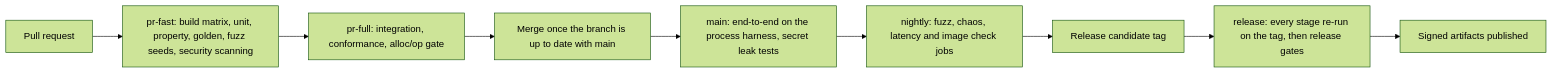
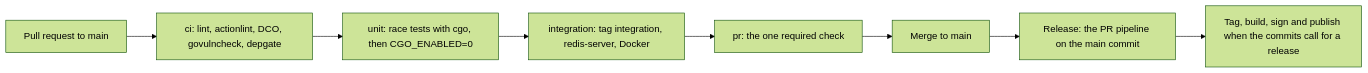
One commit to ravindu-rev/ruralz changed the first of 2 diagrams in docs/engineering/03-testing-and-quality-strategy.md. Above: the diagram before and after it, drawn with Mermaid (forest theme). The commit also changed other lines of this file and 42 other files, not shown here.

First line of the commit message:
docs: state the design with unit and integration tests alone

````diff
--- a/docs/engineering/03-testing-and-quality-strategy.md
+++ b/docs/engineering/03-testing-and-quality-strategy.md
@@ -54,11 +35,10 @@
 ```mermaid
 flowchart LR
-    pr["Pull request"] --> fast["pr-fast: build matrix, unit, property, golden, fuzz seeds, security scanning"]
-    fast --> full["pr-full: integration, conformance, alloc/op gate"]
-    full --> up["Merge once the branch is up to date with main"]
-    up --> main["main: end-to-end on the process harness, secret leak tests"]
-    main --> nightly["nightly: fuzz, chaos, latency and image check jobs"]
-    nightly --> rc["Release candidate tag"]
-    rc --> rel["release: every stage re-run on the tag, then release gates"]
-    rel --> pub["Signed artifacts published"]
+    pr["Pull request to main"] --> ci["ci: lint, actionlint, DCO, govulncheck, depgate"]
+    ci --> unit["unit: race tests with cgo, then CGO_ENABLED=0"]
+    unit --> integ["integration: tag integration, redis-server, Docker"]
+    integ --> req["pr: the one required check"]
+    req --> merge["Merge to main"]
+    merge --> again["Release: the PR pipeline on the main commit"]
+    again --> pub["Tag, build, sign and publish when the commits call for a release"]
 ```
````
